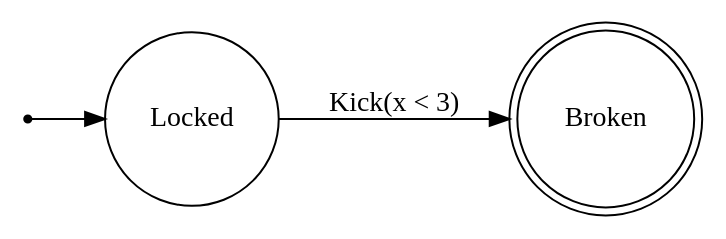
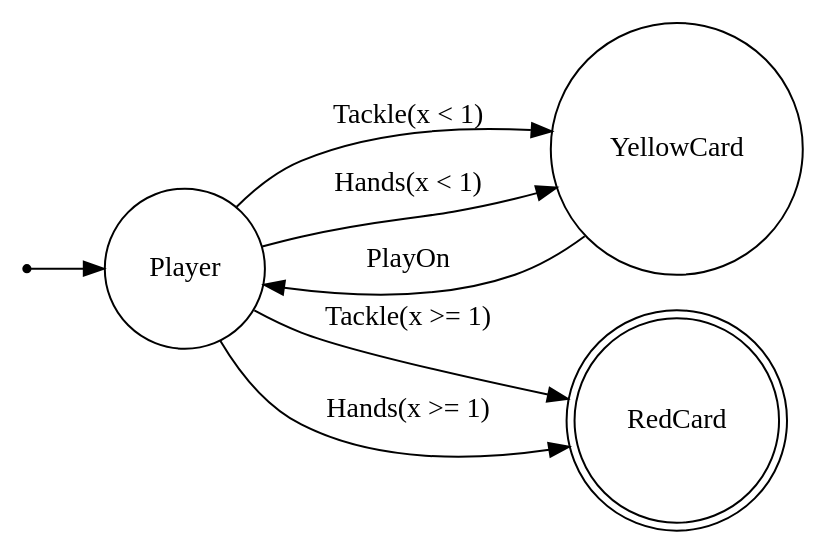
One commit to P4-Group2-Compiler/P4-State-Lang changed the diagram in output/DOT/graph.gv. Above: the diagram before and after it, drawn with Graphviz. The commit also changed 4 other files, not shown here.

```diff
--- a/output/DOT/graph.gv
+++ b/output/DOT/graph.gv
@@ -1,8 +1,12 @@
-digraph Door {
+digraph Football {
  rankdir = LR;
  node [shape = circle;];
  null [shape = point;];
-null -> Locked;
-Locked -> Broken [label="Kick(x < 3)"];
-Broken [shape = doublecircle;];
+null -> Player;
+Player -> YellowCard [label="Tackle(x < 1)"];
+Player -> RedCard [label="Tackle(x >= 1)"];
+Player -> YellowCard [label="Hands(x < 1)"];
+Player -> RedCard [label="Hands(x >= 1)"];
+YellowCard -> Player [label="PlayOn"];
+RedCard [shape = doublecircle;];
 }
```
